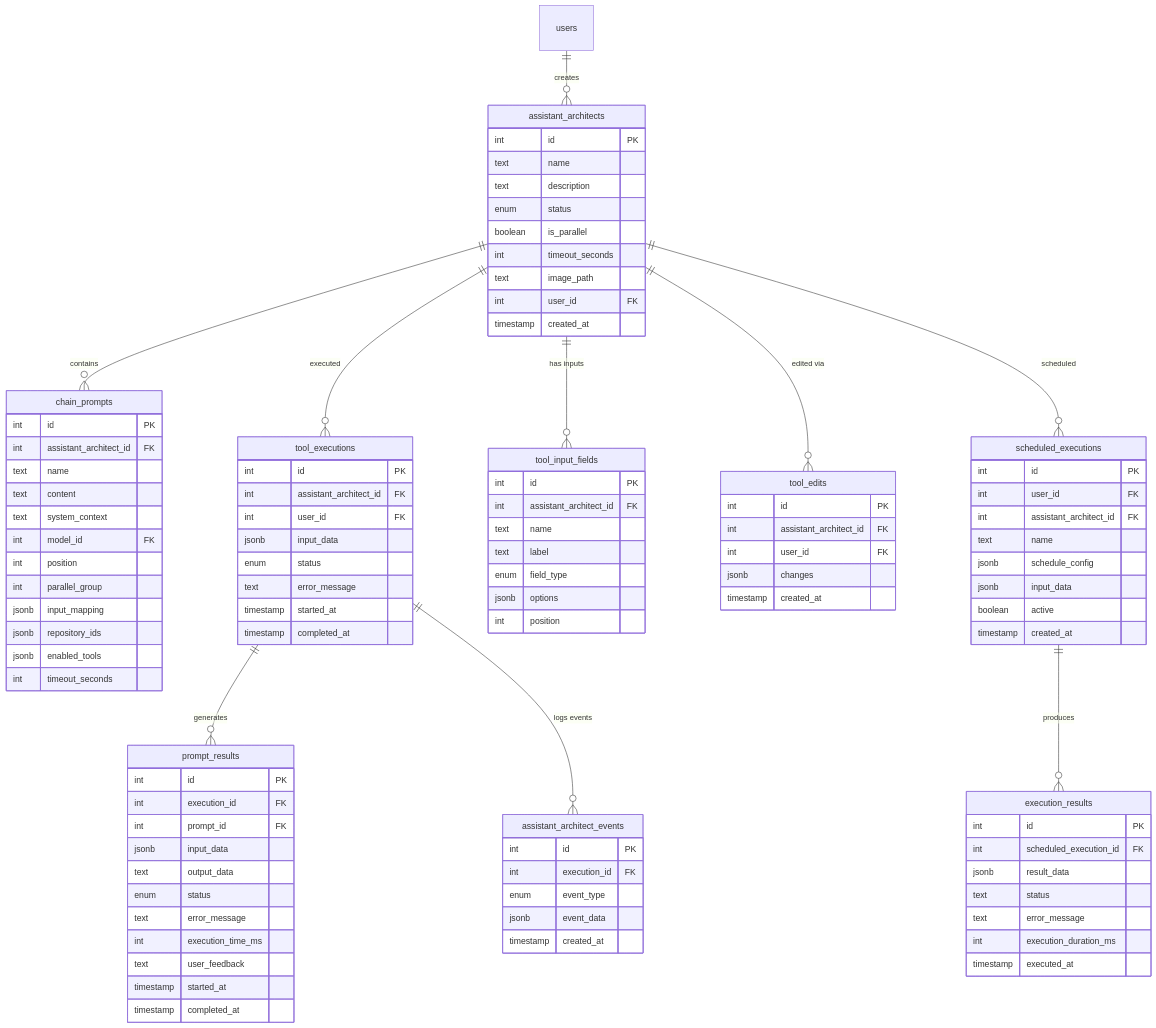
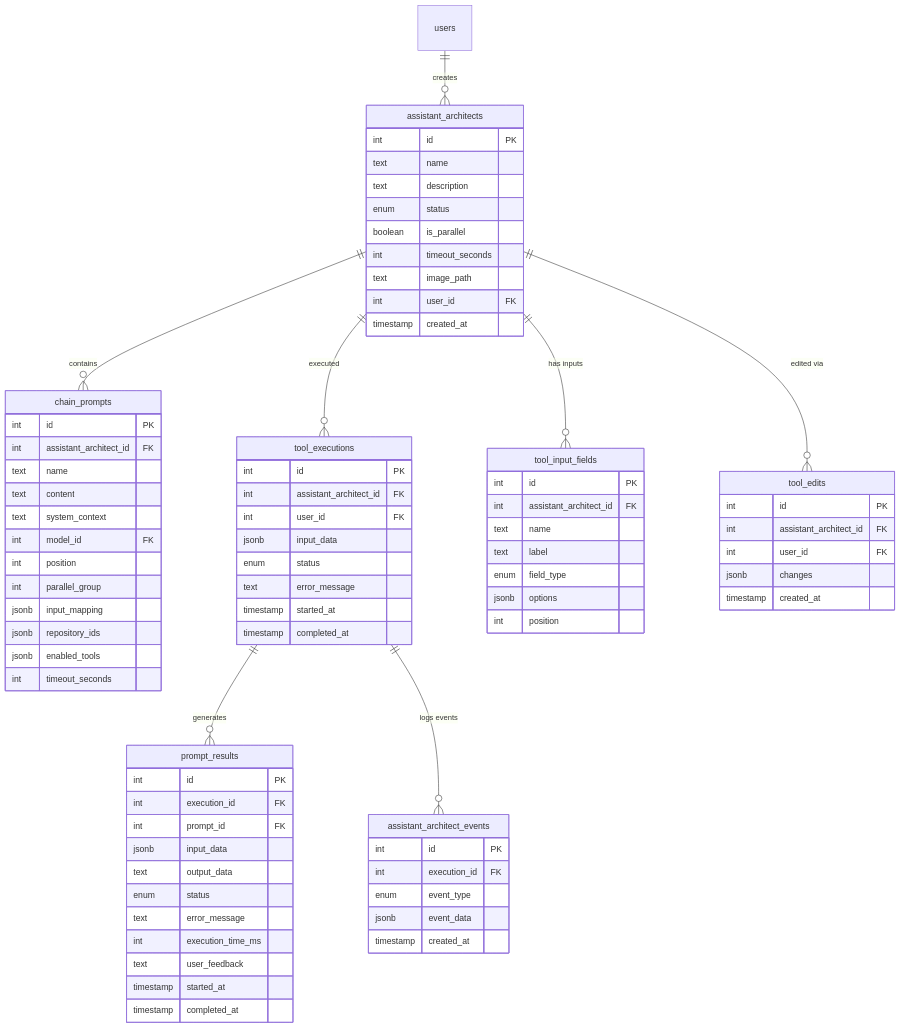
The fourth of 11 diagrams in docs/diagrams/04-database-erd.md (psd401/aistudio), drawn with Mermaid before and after one commit. The commit also changed other lines of this file and 8 other files, not shown here.

````diff
--- a/docs/diagrams/04-database-erd.md
+++ b/docs/diagrams/04-database-erd.md
@@ -214,7 +213,6 @@
     assistant_architects ||--o{ tool_executions : executed
     assistant_architects ||--o{ tool_input_fields : "has inputs"
     assistant_architects ||--o{ tool_edits : "edited via"
-    assistant_architects ||--o{ scheduled_executions : scheduled
 
     assistant_architects {
         int id PK
@@ -295,26 +293,4 @@
         jsonb changes
         timestamp created_at
     }
-
-    scheduled_executions ||--o{ execution_results : produces
-    scheduled_executions {
-        int id PK
-        int user_id FK
-        int assistant_architect_id FK
-        text name
-        jsonb schedule_config
-        jsonb input_data
-        boolean active
-        timestamp created_at
-    }
-
-    execution_results {
-        int id PK
-        int scheduled_execution_id FK
-        jsonb result_data
-        text status
-        text error_message
-        int execution_duration_ms
-        timestamp executed_at
-    }
 ```
````
